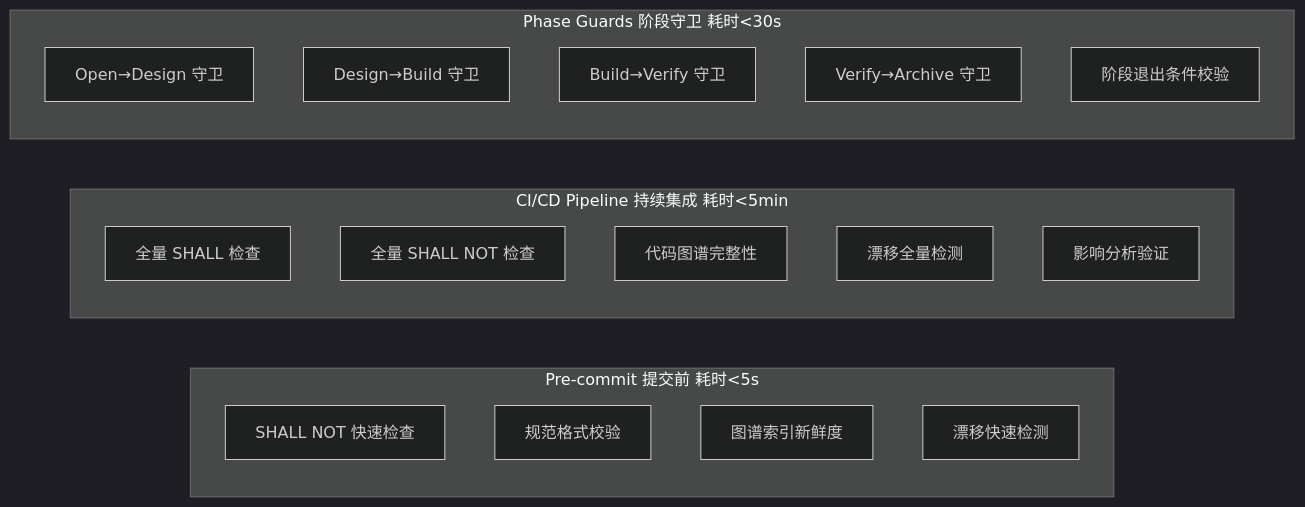
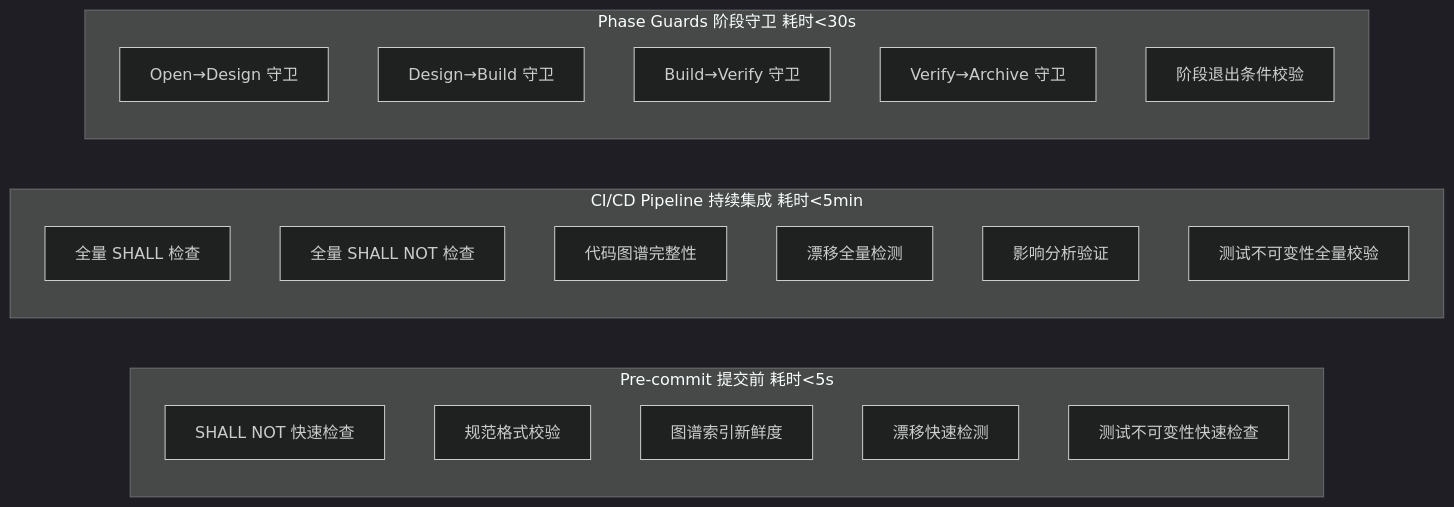
Before and after one commit to luckyMUMU/mumuspec: diagram 13 of 16 in docs/design.md, drawn with Mermaid (dark theme). The commit also changed other lines of this file, not shown here.

````diff
--- a/docs/design.md
+++ b/docs/design.md
@@ -1615,23 +1825,25 @@
 ```mermaid
 graph LR
     subgraph PC["Pre-commit 提交前 耗时<5s"]
         PC1["SHALL NOT 快速检查"]
         PC2["规范格式校验"]
         PC3["图谱索引新鲜度"]
         PC4["漂移快速检测"]
+        PC5["测试不可变性快速检查"]
     end
     subgraph CI["CI/CD Pipeline 持续集成 耗时<5min"]
         CI1["全量 SHALL 检查"]
         CI2["全量 SHALL NOT 检查"]
         CI3["代码图谱完整性"]
         CI4["漂移全量检测"]
         CI5["影响分析验证"]
+        CI6["测试不可变性全量校验"]
     end
     subgraph PG["Phase Guards 阶段守卫 耗时<30s"]
         PG1["Open→Design 守卫"]
         PG2["Design→Build 守卫"]
         PG3["Build→Verify 守卫"]
         PG4["Verify→Archive 守卫"]
         PG5["阶段退出条件校验"]
     end
 ```
````
